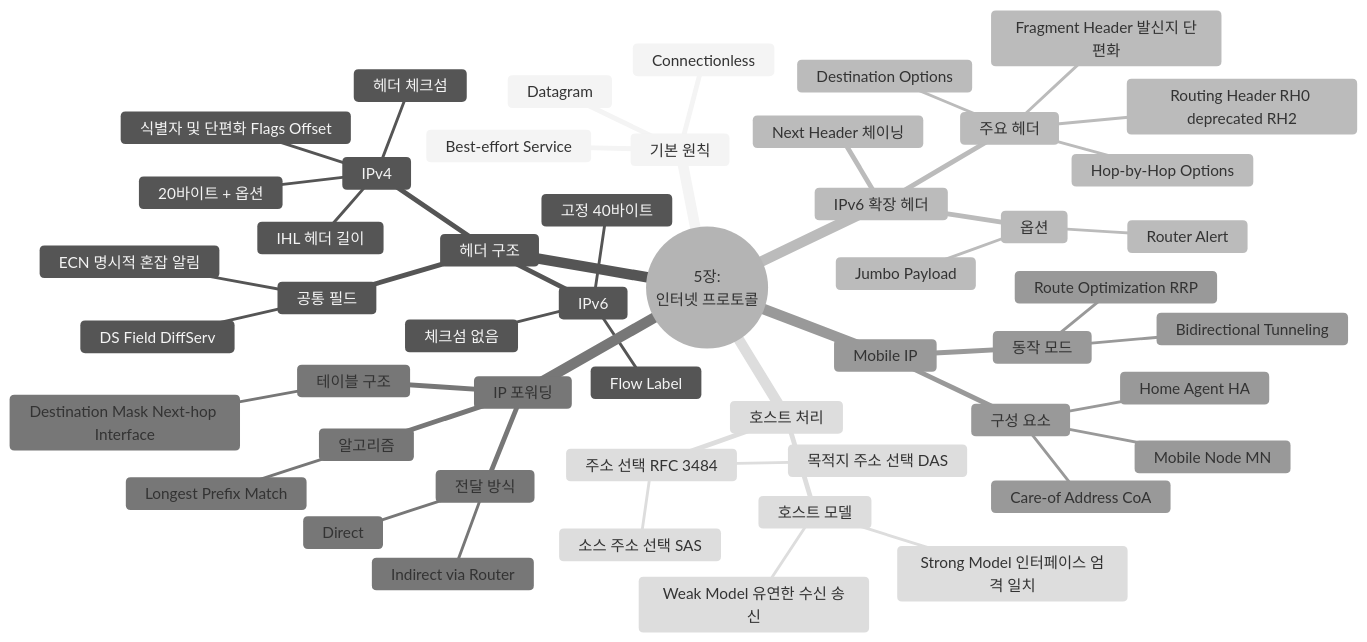
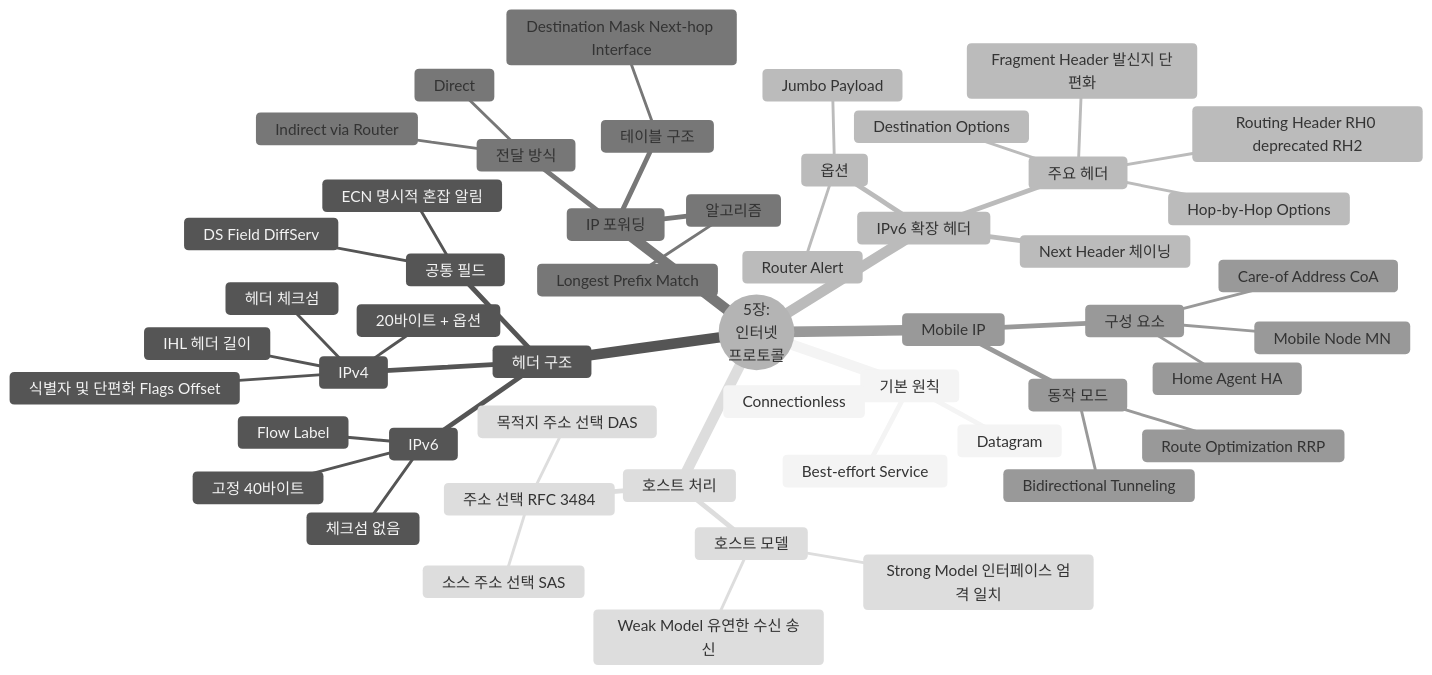
Before and after one commit to youngmin-gwon/what-i-studied: the diagram in 01_inbox/books/tcp_ip_illustrated_1/chapter5.md, drawn with Mermaid (neutral theme). The commit also changed other lines of this file and 10 other files, not shown here.

````diff
--- a/01_inbox/books/tcp_ip_illustrated_1/chapter5.md
+++ b/01_inbox/books/tcp_ip_illustrated_1/chapter5.md
@@ -15,54 +15,54 @@
 ```mermaid
 mindmap
-  root((5장:<br>인터넷 프로토콜))
+  root((5장:<br>인터넷<br>프로토콜))
     기본 원칙
       Best-effort Service
       Connectionless
       Datagram
     헤더 구조
       IPv4
         20바이트 + 옵션
         IHL 헤더 길이
         식별자 및 단편화 Flags Offset
         헤더 체크섬
       IPv6
         고정 40바이트
         체크섬 없음
         Flow Label
       공통 필드
         DS Field DiffServ
         ECN 명시적 혼잡 알림
     IPv6 확장 헤더
       Next Header 체이닝
       주요 헤더
         Hop-by-Hop Options
         Routing Header RH0 deprecated RH2
         Fragment Header 발신지 단편화
         Destination Options
       옵션
         Jumbo Payload
         Router Alert
     IP 포워딩
       전달 방식
         Direct
         Indirect via Router
       테이블 구조
         Destination Mask Next-hop Interface
       알고리즘
         Longest Prefix Match
     Mobile IP
       구성 요소
         Mobile Node MN
         Home Agent HA
         Care-of Address CoA
       동작 모드
         Bidirectional Tunneling
         Route Optimization RRP
     호스트 처리
       호스트 모델
         Strong Model 인터페이스 엄격 일치
         Weak Model 유연한 수신 송신
       주소 선택 RFC 3484
         소스 주소 선택 SAS
         목적지 주소 선택 DAS
 ```
````
